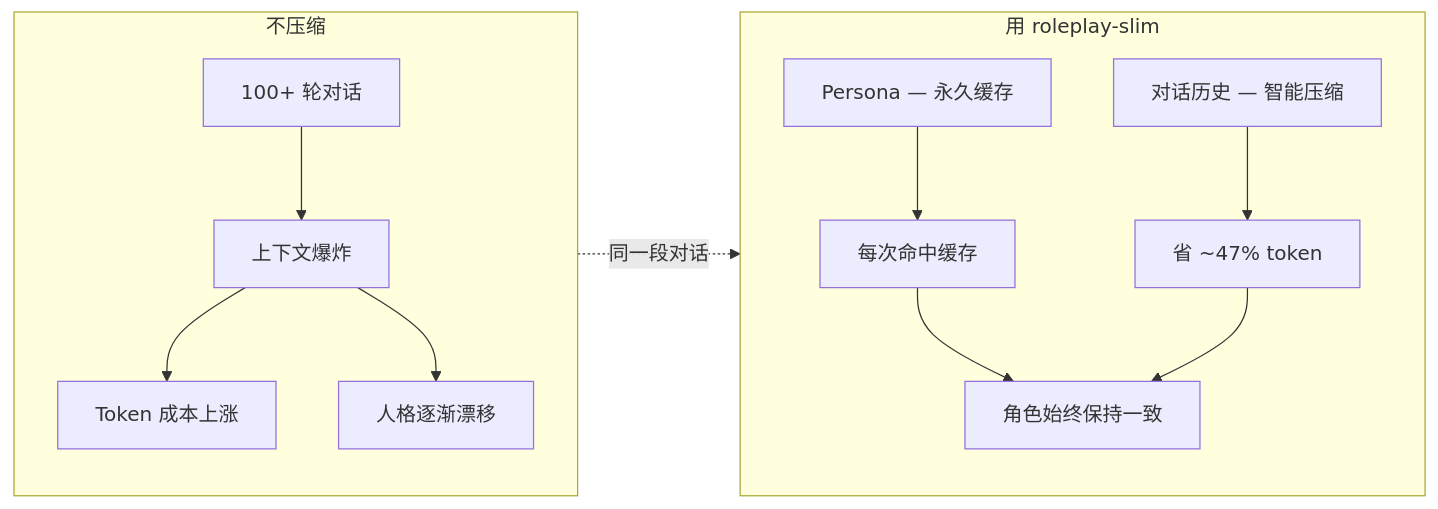
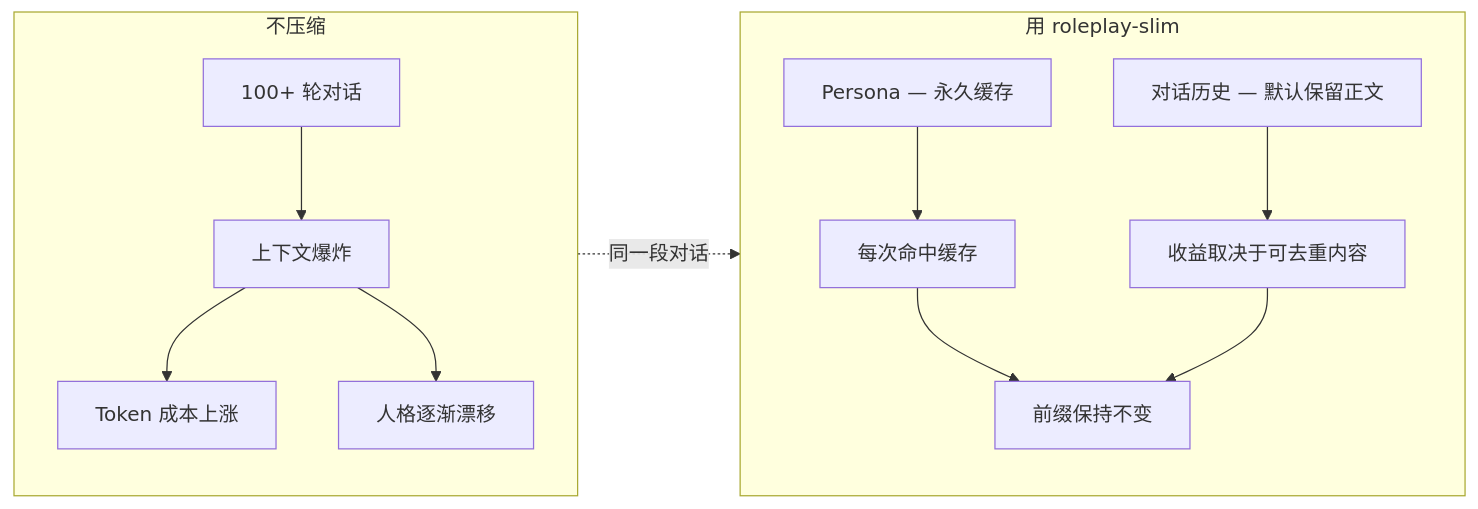
One commit to lucifergzsz414/roleplay-slim changed the first of 2 diagrams in README_CN.md. Above: the diagram before and after it, drawn with Mermaid. The commit also changed other lines of this file and 25 other files, not shown here.

````diff
--- a/README_CN.md
+++ b/README_CN.md
@@ -46,17 +52,17 @@
 ```mermaid
 flowchart LR
     subgraph WITHOUT["不压缩"]
         direction TB
         W1["100+ 轮对话"] --> W2["上下文爆炸"]
         W2 --> W3["Token 成本上涨"]
         W2 --> W4["人格逐渐漂移"]
     end
     subgraph WITH["用 roleplay-slim"]
         direction TB
         S1["Persona — 永久缓存"] --> S3["每次命中缓存"]
-        S2["对话历史 — 智能压缩"] --> S4["省 ~47% token"]
-        S3 --> S5["角色始终保持一致"]
+        S2["对话历史 — 默认保留正文"] --> S4["收益取决于可去重内容"]
+        S3 --> S5["前缀保持不变"]
         S4 --> S5
     end
     WITHOUT -.->|"同一段对话"| WITH
 ```
````
